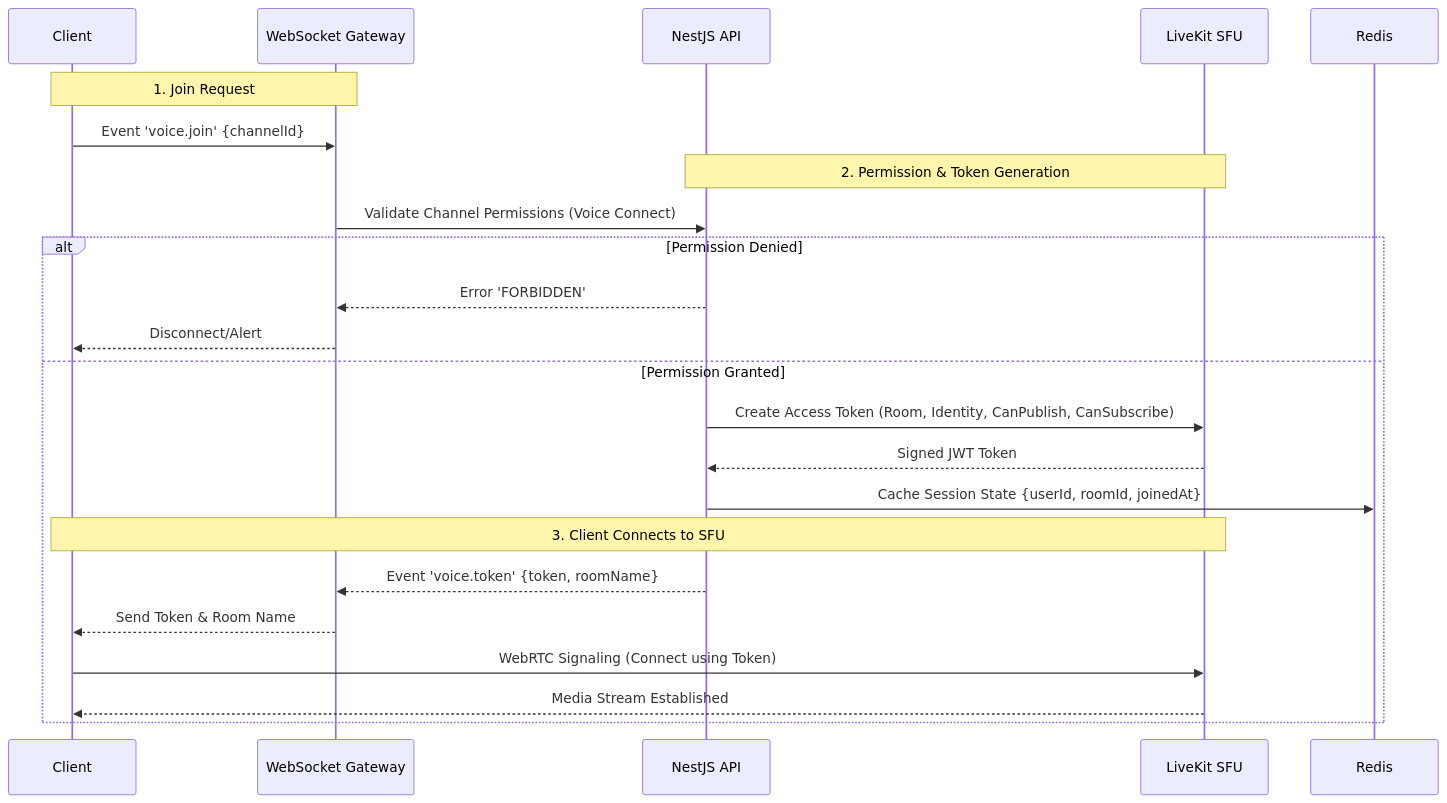
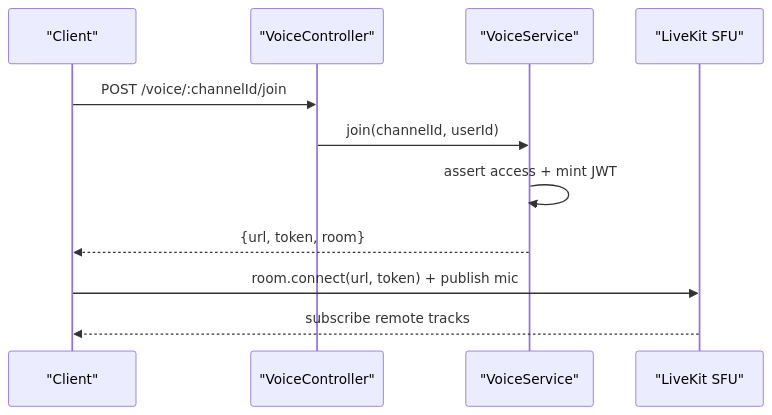
One commit to MinionEnjoyer/OpenChat changed the third of 3 diagrams in docs/ARCHITECTURE.md. Above: the diagram before and after it, drawn with Mermaid. The commit also changed other lines of this file, not shown here.

First line of the commit message:
docs: rewrite ARCHITECTURE.md as-built (accurate to the real implementation)

````diff
--- a/docs/ARCHITECTURE.md
+++ b/docs/ARCHITECTURE.md
@@ -351,29 +211,13 @@
 ```mermaid
 sequenceDiagram
-    participant C as Client
-    participant WS as WebSocket Gateway
-    participant API as NestJS API
-    participant LK as LiveKit SFU
-    participant R as Redis
-
-    Note over C,WS: 1. Join Request
-    C->>WS: Event 'voice.join' {channelId}
-    
-    Note over API,LK: 2. Permission & Token Generation
-    WS->>API: Validate Channel Permissions (Voice Connect)
-    alt Permission Denied
-        API-->>WS: Error 'FORBIDDEN'
-        WS-->>C: Disconnect/Alert
-    else Permission Granted
-        API->>LK: Create Access Token (Room, Identity, CanPublish, CanSubscribe)
-        LK-->>API: Signed JWT Token
-        API->>R: Cache Session State {userId, roomId, joinedAt}
-        
-        Note over C,LK: 3. Client Connects to SFU
-        API-->>WS: Event 'voice.token' {token, roomName}
-        WS-->>C: Send Token & Room Name
-        
-        C->>LK: WebRTC Signaling (Connect using Token)
-        LK-->>C: Media Stream Established
-    end
+    participant C as "Client"
+    participant API as "VoiceController"
+    participant V as "VoiceService"
+    participant LK as "LiveKit SFU"
+    C->>API: POST /voice/:channelId/join
+    API->>V: join(channelId, userId)
+    V->>V: assert access + mint JWT
+    V-->>C: {url, token, room}
+    C->>LK: room.connect(url, token) + publish mic
+    LK-->>C: subscribe remote tracks
 ```
````
